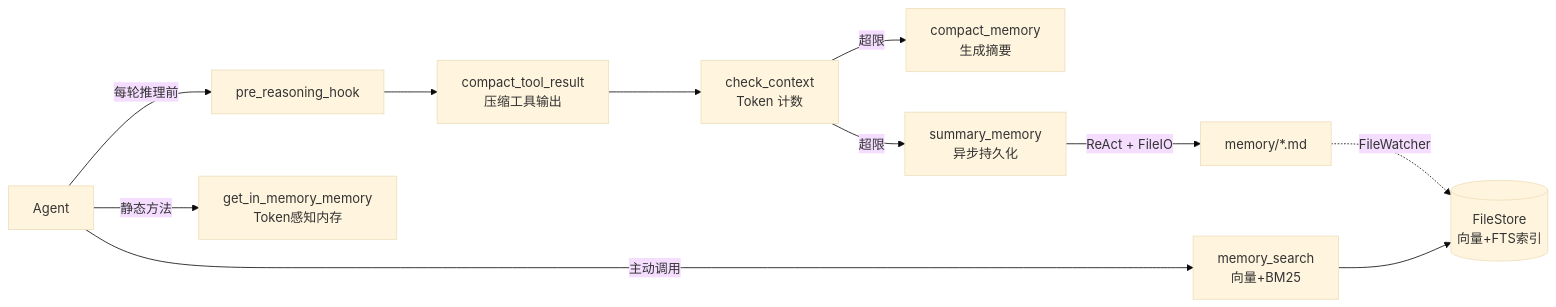
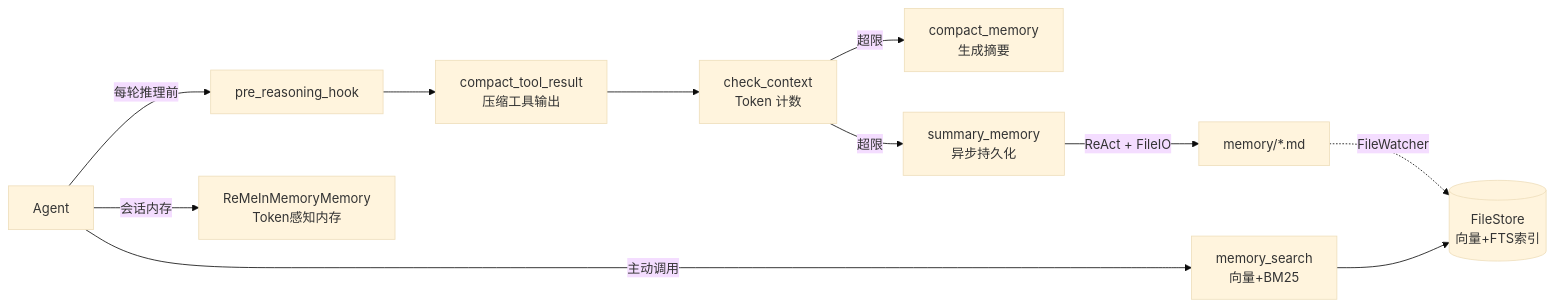
Before and after one commit to agentscope-ai/ReMe: the first of 9 diagrams in README_ZH.md, drawn with Mermaid (base theme). The commit also changed other lines of this file and 1 other file, not shown here.

Commit message:
refactor(docs): update in-memory memory documentation

````diff
--- a/README_ZH.md
+++ b/README_ZH.md
@@ -172,13 +173,13 @@
 ```mermaid
 graph LR
     Agent[Agent] -->|每轮推理前| Hook[pre_reasoning_hook]
     Hook --> TC[compact_tool_result<br>压缩工具输出]
     TC --> CC[check_context<br>Token 计数]
     CC -->|超限| CM[compact_memory<br>生成摘要]
     CC -->|超限| SM[summary_memory<br>异步持久化]
     SM -->|ReAct + FileIO| Files[memory/*.md]
     Agent -->|主动调用| Search[memory_search<br>向量+BM25]
-    Agent -->|静态方法| InMem[get_in_memory_memory<br>Token感知内存]
+    Agent -->|会话内存| InMem[ReMeInMemoryMemory<br>Token感知内存]
     Files -.->|FileWatcher| Store[(FileStore<br>向量+FTS索引)]
     Search --> Store
 ```
````
